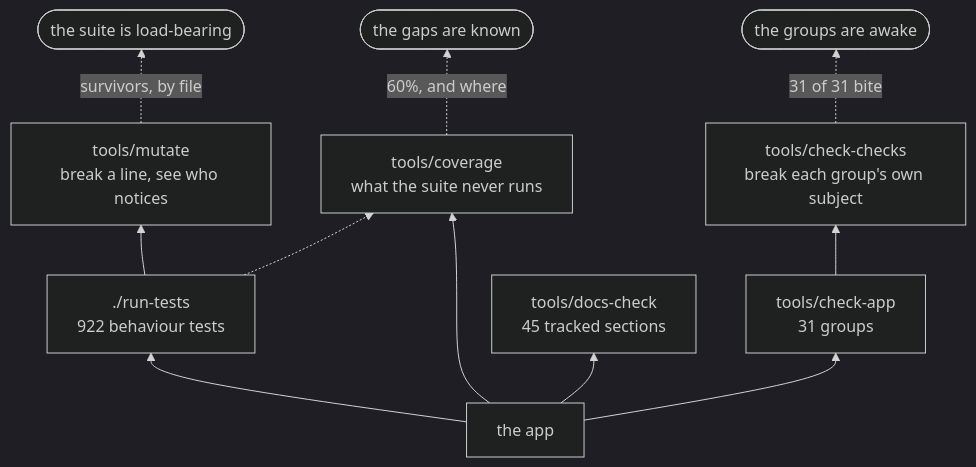
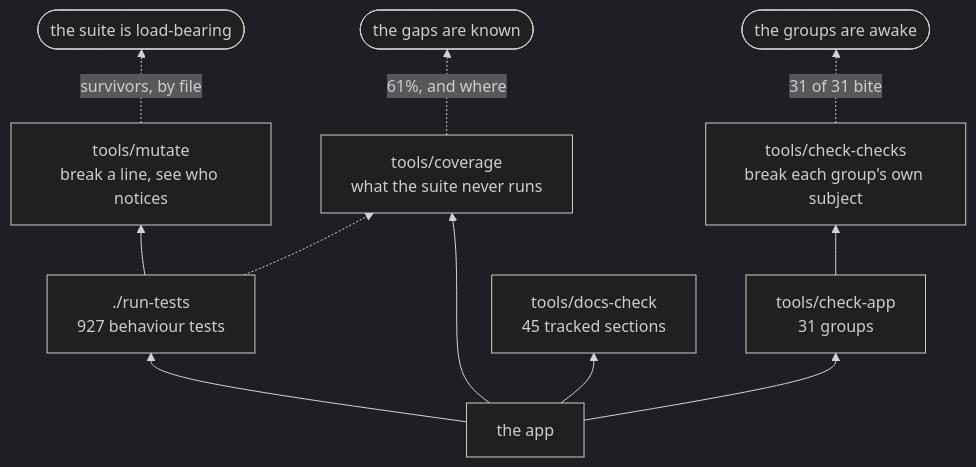
One commit to minormending/crystal-pilot-mobile changed the second of 3 diagrams in docs/DEVELOPING.md. Above: the diagram before and after it, drawn with Mermaid (dark theme). The commit also changed other lines of this file and 8 other files, not shown here.

````diff
--- a/docs/DEVELOPING.md
+++ b/docs/DEVELOPING.md
@@ -128,13 +128,13 @@
 ```mermaid
 flowchart BT
-    C["the app"] --> T["./run-tests<br/>922 behaviour tests"]
+    C["the app"] --> T["./run-tests<br/>927 behaviour tests"]
     C --> A["tools/check-app<br/>31 groups"]
     C --> D["tools/docs-check<br/>45 tracked sections"]
     C --> V["tools/coverage<br/>what the suite never runs"]
     T --> M["tools/mutate<br/>break a line, see who notices"]
     A --> K["tools/check-checks<br/>break each group's own subject"]
     T -.-> V
     M -.->|"survivors, by file"| R(["the suite is load-bearing"])
     K -.->|"31 of 31 bite"| R2(["the groups are awake"])
-    V -.->|"60%, and where"| R3(["the gaps are known"])
+    V -.->|"61%, and where"| R3(["the gaps are known"])
 ```
````
